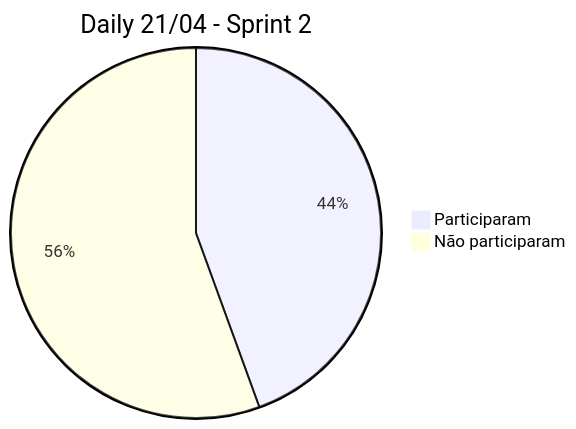
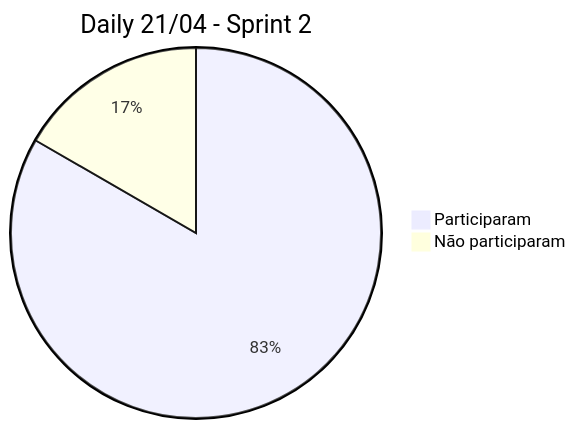
One commit to VeiculosMontadora/Management changed the eighth of 8 diagrams in Controle_Daily.md. Above: the diagram before and after it, drawn with Mermaid.

Commit message:
Update daily

````diff
--- a/Controle_Daily.md
+++ b/Controle_Daily.md
@@ -59,5 +59,5 @@
 ```mermaid
 pie title Daily 21/04 - Sprint 2
-    "Participaram" : 8
-    "Não participaram" : 10
+    "Participaram" : 15
+    "Não participaram" : 3
 ```
````
